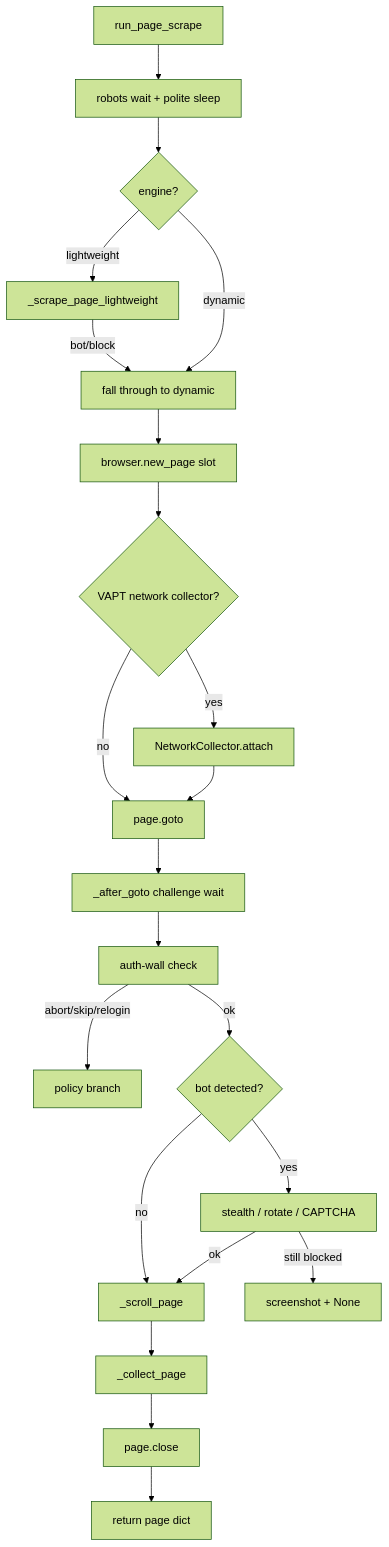
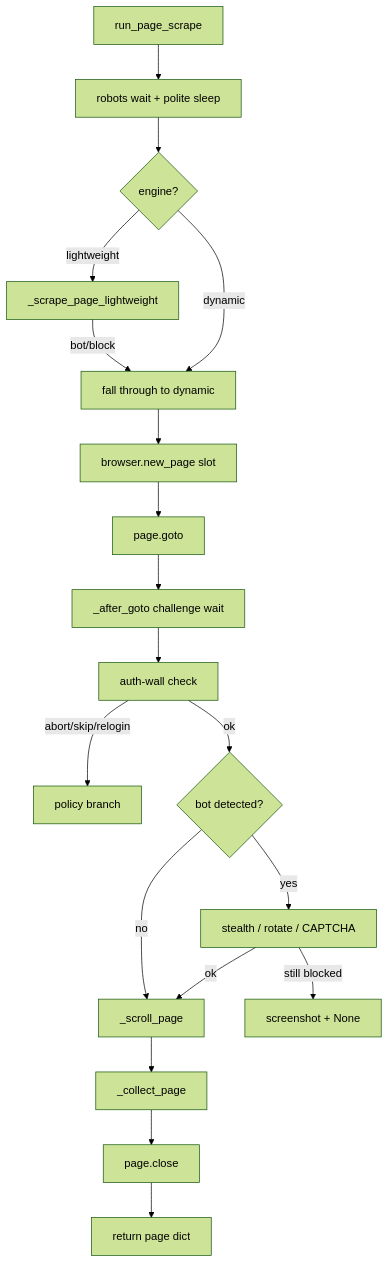
The third of 7 diagrams in docs/architecture/CRAWL.md (Shellghostt/WebVac), drawn with Mermaid (forest theme) before and after one commit. The commit also changed other lines of this file and 13 other files, not shown here.

First line of the commit message:
Refresh docs for the scrape-only product flow.

````diff
--- a/docs/architecture/CRAWL.md
+++ b/docs/architecture/CRAWL.md
@@ -67,24 +67,21 @@
 ```mermaid
 flowchart TD
   Start[run_page_scrape] --> Delay[robots wait + polite sleep]
   Delay --> Engine{engine?}
   Engine -->|lightweight| LW[_scrape_page_lightweight]
   LW -->|bot/block| Dyn[fall through to dynamic]
   Engine -->|dynamic| Dyn
   Dyn --> Page[browser.new_page slot]
-  Page --> Net{VAPT network collector?}
-  Net -->|yes| Attach[NetworkCollector.attach]
-  Net -->|no| Goto
-  Attach --> Goto[page.goto]
+  Page --> Goto[page.goto]
   Goto --> After[_after_goto challenge wait]
   After --> AuthW[auth-wall check]
   AuthW -->|abort/skip/relogin| AuthOut[policy branch]
   AuthW -->|ok| Bot{bot detected?}
   Bot -->|yes| Evade[stealth / rotate / CAPTCHA]
   Bot -->|no| Scroll[_scroll_page]
   Evade -->|still blocked| Fail[screenshot + None]
   Evade -->|ok| Scroll
   Scroll --> Collect[_collect_page]
   Collect --> Close[page.close]
   Close --> Ret[return page dict]
 ```
````
